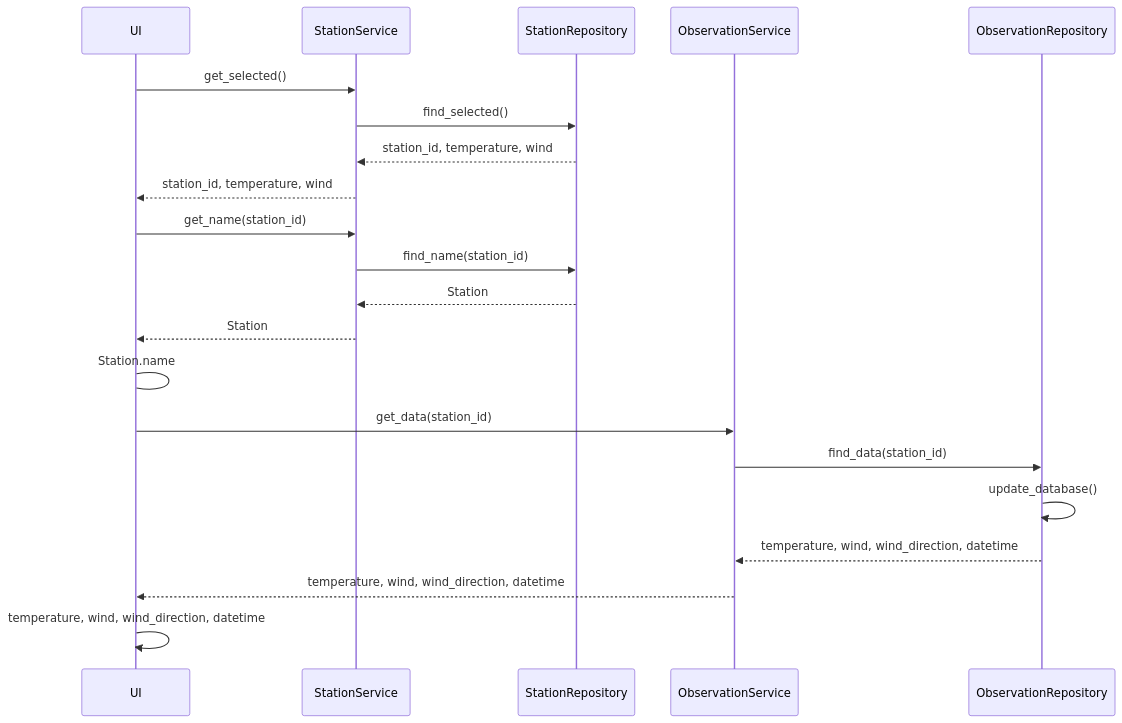
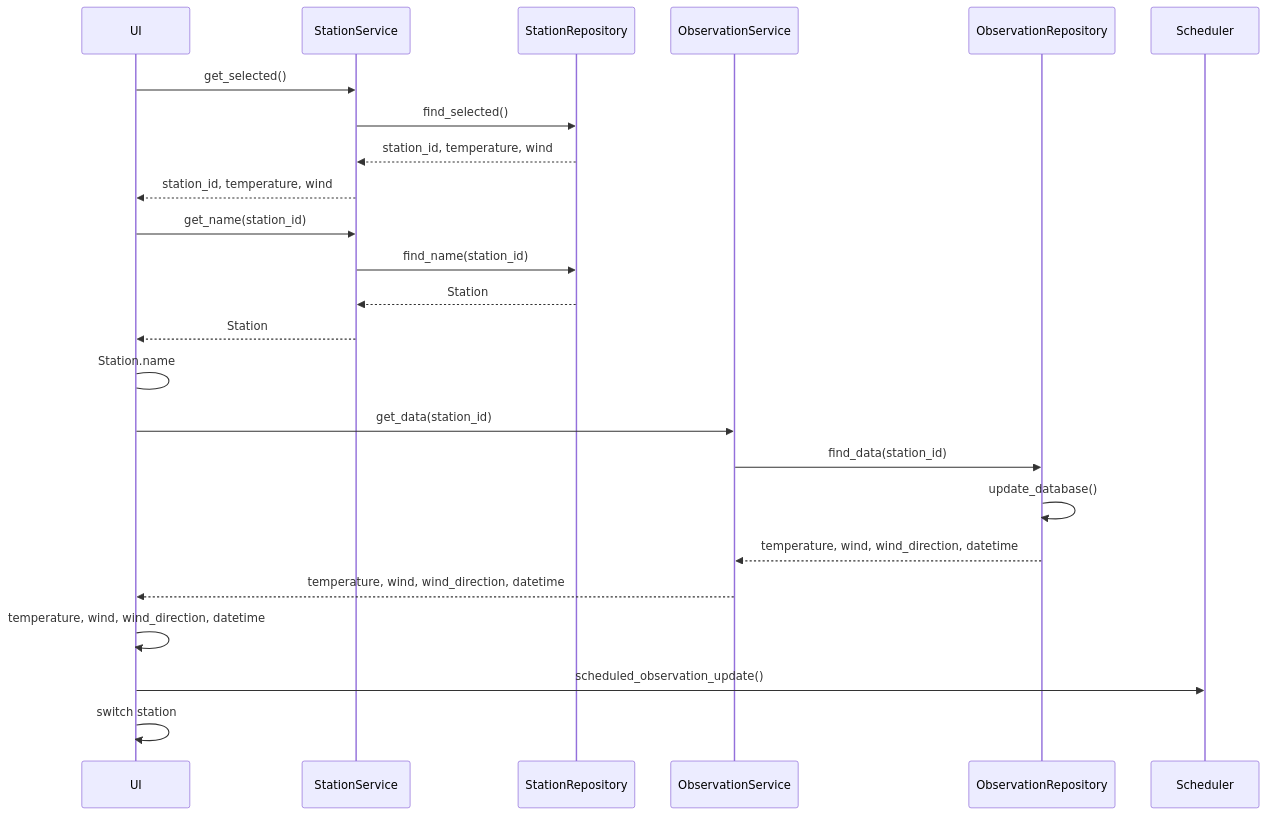
One commit to mcpaulafi/ot-harjoitustyo changed the fifth of 6 diagrams in dokumentaatio/architecture.md. Above: the diagram before and after it, drawn with Mermaid. The commit also changed other lines of this file and 3 other files, not shown here.

````diff
--- a/dokumentaatio/architecture.md
+++ b/dokumentaatio/architecture.md
@@ -170,26 +171,28 @@
 ```mermaid
 sequenceDiagram
     participant UI
     participant StationService
     participant StationRepository
     participant ObservationService
     participant ObservationRepository
+    participant Scheduler
 
     UI->>StationService: get_selected()
     StationService->>StationRepository: find_selected()
     StationRepository-->>StationService: station_id, temperature, wind
     StationService-->>UI: station_id, temperature, wind
 
     UI->>StationService: get_name(station_id)
     StationService->>StationRepository: find_name(station_id)
     StationRepository-->>StationService: Station
     StationService-->>UI: Station
     UI->UI: Station.name
     UI->>ObservationService: get_data(station_id)
     ObservationService->>ObservationRepository: find_data(station_id)
     ObservationRepository->>ObservationRepository: update_database()
     ObservationRepository-->>ObservationService: temperature, wind, wind_direction, datetime
     ObservationService-->>UI: temperature, wind, wind_direction, datetime
     UI->>UI: temperature, wind, wind_direction, datetime
-
+    UI->>Scheduler: scheduled_observation_update()
+    UI->>UI: switch station
 ```
````
